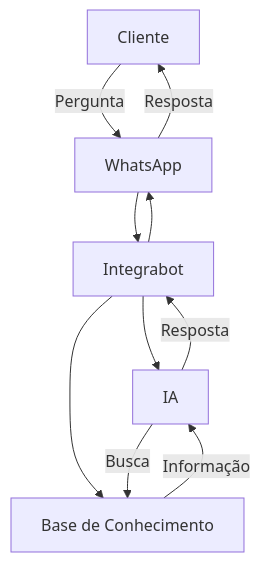
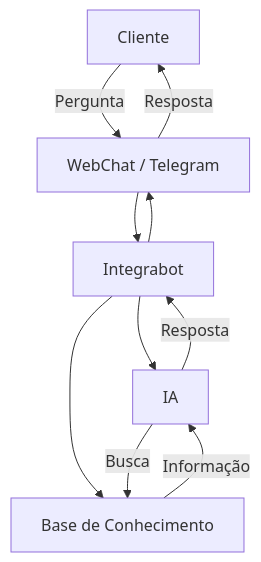
The diagram in pt/conceitos/como-funciona-ia.mdx (altaforjatecnologia/docs), drawn with Mermaid before and after one commit. The commit also changed other lines of this file and 21 other files, not shown here.

First line of the commit message:
docs: remove WhatsApp/QR Code; foca em Assistente IA via WebChat + Telegram

````diff
--- a/pt/conceitos/como-funciona-ia.mdx
+++ b/pt/conceitos/como-funciona-ia.mdx
@@ -10,12 +10,12 @@
 ```mermaid
 graph TD
-    User[Cliente] -- Pergunta --> WhatsApp[WhatsApp]
-    WhatsApp --> Integrabot[Integrabot]
+    User[Cliente] -- Pergunta --> Canal[WebChat / Telegram]
+    Canal --> Integrabot[Integrabot]
     Integrabot --> LLM[IA]
     Integrabot --> KB[Base de Conhecimento]
     LLM -- Busca --> KB
     KB -- Informação --> LLM
     LLM -- Resposta --> Integrabot
-    Integrabot --> WhatsApp
-    WhatsApp -- Resposta --> User
+    Integrabot --> Canal
+    Canal -- Resposta --> User
 ```
````
